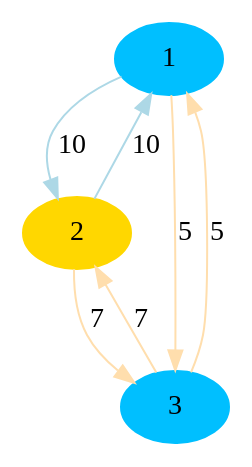
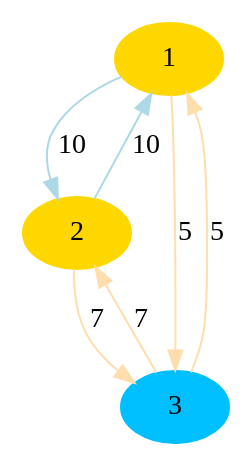
One commit to CarlosMatheus/Distributed-Minimum-Spanning-Tree changed the diagram in run/output/graph045.gv. Above: the diagram before and after it, drawn with Graphviz. The commit also changed 100 other files, not shown here.

```diff
--- a/run/output/graph045.gv
+++ b/run/output/graph045.gv
@@ -1,11 +1,11 @@
 digraph "output/graph045" {
-	1 [color=deepskyblue1 style=filled]
+	1 [color=gold1 style=filled]
 	2 [color=gold1 style=filled]
 	3 [color=deepskyblue1 style=filled]
 	1 -> 2 [label=10 color=lightblue]
 	2 -> 1 [label=10 color=lightblue]
 	2 -> 3 [label=7 color=navajowhite]
 	3 -> 2 [label=7 color=navajowhite]
 	1 -> 3 [label=5 color=navajowhite]
 	3 -> 1 [label=5 color=navajowhite]
 }
```
